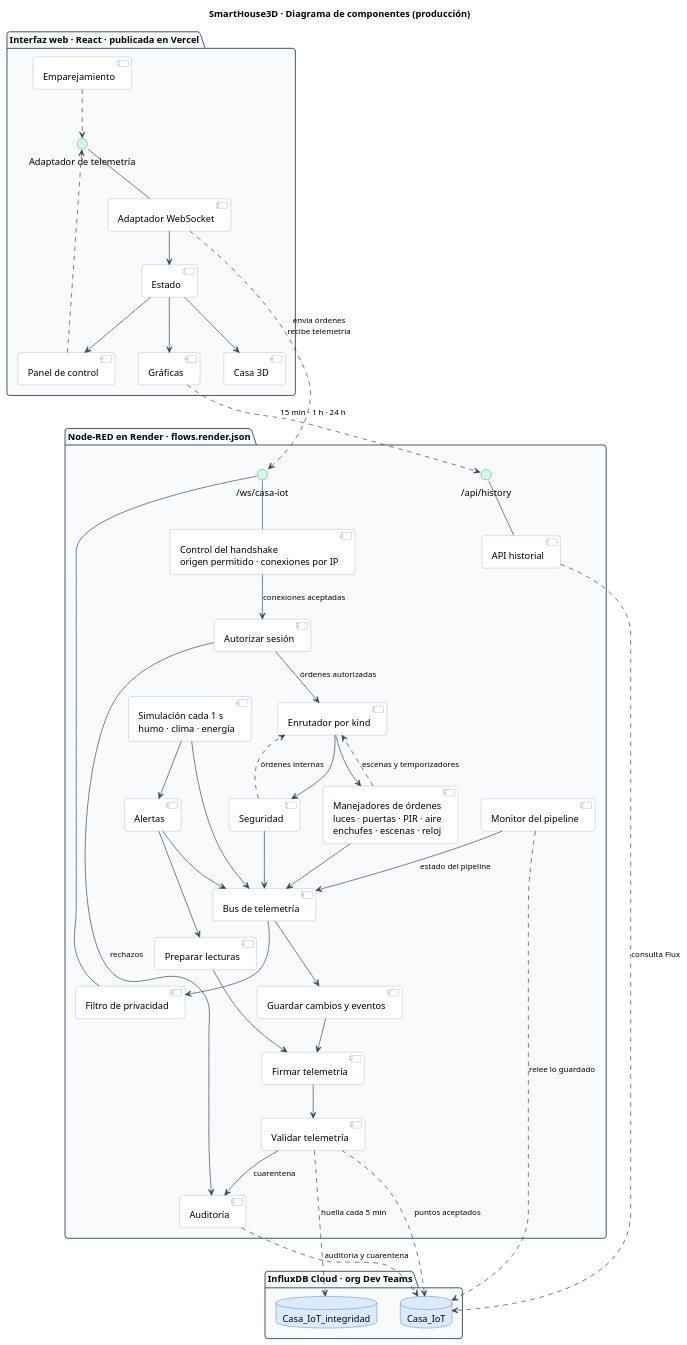
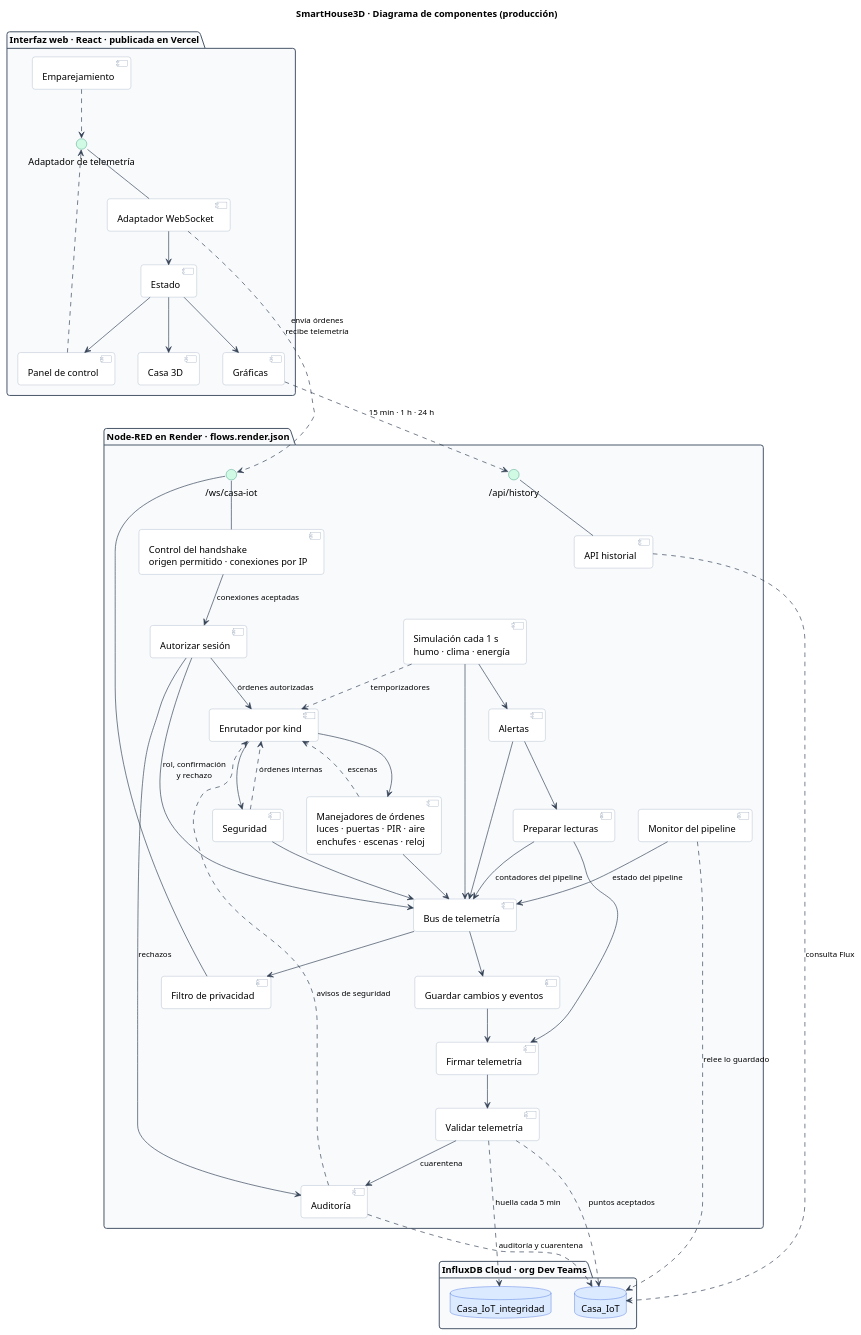
One commit to WilderG2004/SmartHouse3D changed the diagram in docs/diagramas/componentes.puml. Above: the diagram before and after it, drawn with PlantUML. The commit also changed 3 other files, not shown here.

First line of the commit message:
Diagramas: cerrar los caminos que faltaban

```diff
--- a/docs/diagramas/componentes.puml
+++ b/docs/diagramas/componentes.puml
@@ -1,115 +1,119 @@
 @startuml componentes
 ' El sistema PUBLICADO, el mismo que describe el diagrama de despliegue.
 ' Comprobado en:
 '   infra/nodered/tools/build-flows.mts   cableado, secciones A-F
 '   infra/nodered/src/*.js                nombres reales (@name) de los 36 nodos
 '   infra/nodered/seguridad-ws.js         control del handshake, copiado a la imagen
 '   render.yaml                           CASA_INGEST=off, por eso /api/ingest no aparece
 '   src/services/telemetry/index.ts       en produccion el adaptador es el de WebSocket
 title SmartHouse3D · Diagrama de componentes (producción)
 
 skinparam backgroundColor White
 skinparam shadowing false
 skinparam defaultFontName Helvetica
 skinparam defaultFontSize 14
 skinparam roundcorner 8
 skinparam componentStyle uml2
 skinparam ArrowColor #334155
 skinparam ArrowFontSize 12
 skinparam nodesep 35
 skinparam ranksep 50
 skinparam package {
   BackgroundColor #F8FAFC
   BorderColor #475569
 }
 skinparam component {
   BackgroundColor #FFFFFF
   BorderColor #94A3B8
 }
 skinparam interface {
   BackgroundColor #D1FAE5
   BorderColor #047857
 }
 skinparam database {
   BackgroundColor #DBEAFE
   BorderColor #1D4ED8
 }
 
 package "Interfaz web · React · publicada en Vercel" {
   component "Panel de control" as panel
   component "Gráficas" as graficas
   component "Casa 3D" as casa
   component "Emparejamiento" as empareja
   component "Estado" as estado
   component "Adaptador WebSocket" as adaptador
   interface "Adaptador de telemetría" as ITel
 
   adaptador -up- ITel
   panel ..> ITel
   empareja ..> ITel
   adaptador --> estado
   estado --> panel
   estado --> graficas
   estado --> casa
 }
 
 package "Node-RED en Render · flows.render.json" {
   component "Control del handshake\norigen permitido · conexiones por IP" as handshake
   component "Autorizar sesión" as auth
   component "Enrutador por kind" as router
   component "Manejadores de órdenes\nluces · puertas · PIR · aire\nenchufes · escenas · reloj" as handlers
   component "Seguridad" as seg
   component "Simulación cada 1 s\nhumo · clima · energía" as simul
   component "Alertas" as alertas
   component "Bus de telemetría" as bus
   component "Filtro de privacidad" as filtro
   component "Preparar lecturas" as prepara
   component "Guardar cambios y eventos" as eventos
   component "Firmar telemetría" as firma
   component "Validar telemetría" as valida
   component "Auditoría" as audit
   component "API historial" as api
   component "Monitor del pipeline" as monitor
   interface "/ws/casa-iot" as IWs
   interface "/api/history" as IHist
 
   handshake -up- IWs
   filtro -up- IWs
   api -up- IHist
 
   handshake --> auth : "conexiones aceptadas"
   auth --> router : "órdenes autorizadas"
   auth --> audit : "rechazos"
+  auth --> bus : "rol, confirmación\ny rechazo"
   router --> handlers
   router --> seg
   handlers --> bus
   seg --> bus
   seg ..> router : "órdenes internas"
-  handlers ..> router : "escenas y temporizadores"
+  handlers ..> router : "escenas"
+  simul ..> router : "temporizadores"
   simul --> alertas
   simul --> bus
   alertas --> bus
   alertas --> prepara
+  prepara --> bus : "contadores del pipeline"
   bus --> filtro
   bus --> eventos
   prepara --> firma
   eventos --> firma
   firma --> valida
   valida --> audit : "cuarentena"
+  audit ..> router : "avisos de seguridad"
   monitor --> bus : "estado del pipeline"
 }
 
 package "InfluxDB Cloud · org Dev Teams" {
   database "Casa_IoT" as bdatos
   database "Casa_IoT_integridad" as bhuellas
 }
 
 adaptador ..> IWs : "envía órdenes\nrecibe telemetría"
 graficas ..> IHist : "15 min · 1 h · 24 h"
 valida ..> bdatos : "puntos aceptados"
 valida ..> bhuellas : "huella cada 5 min"
 audit ..> bdatos : "auditoría y cuarentena"
 api ..> bdatos : "consulta Flux"
 monitor ..> bdatos : "relee lo guardado"
 
 @enduml
```
